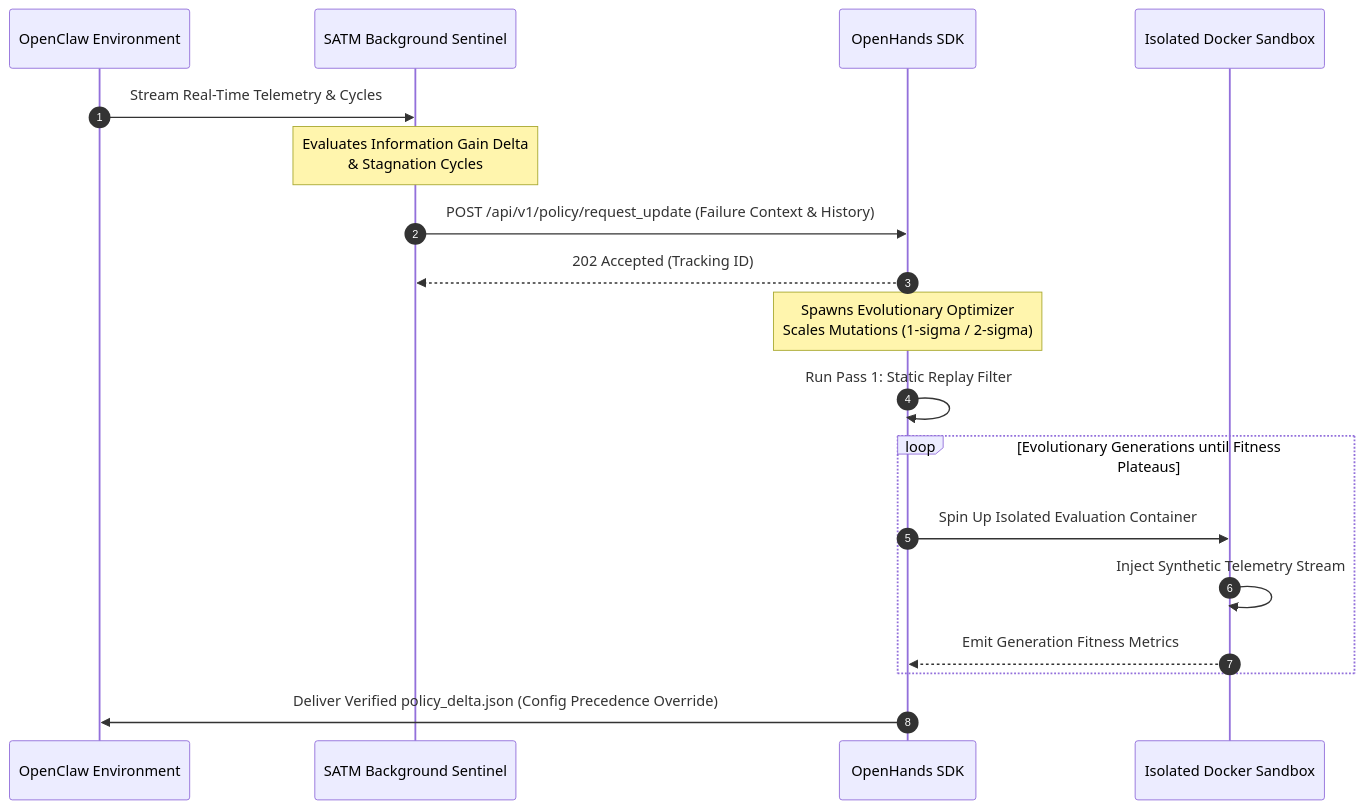
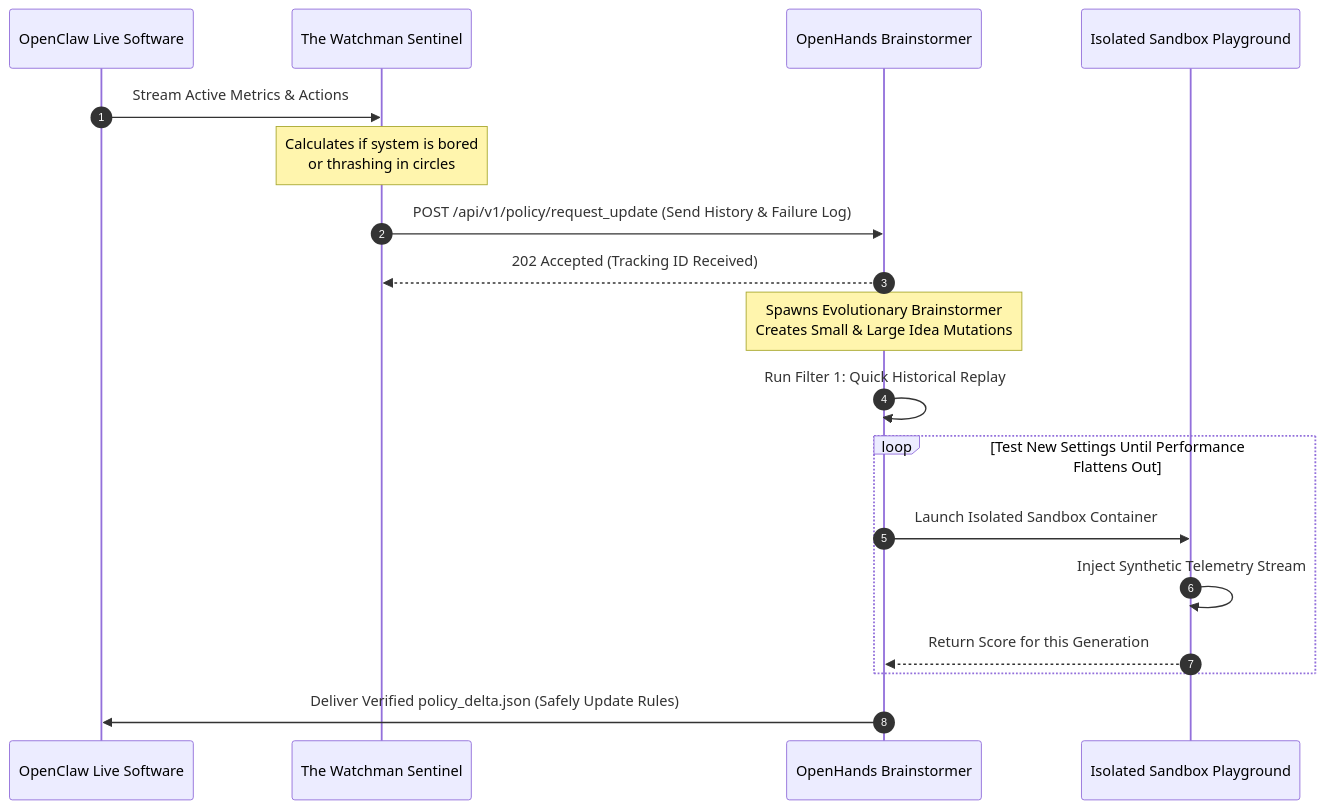
The diagram in docs/docs_spec.md (aai-pai/anvil-coding-agent), drawn with Mermaid before and after one commit. The commit also changed other lines of this file, not shown here.

First line of the commit message:
Revise software specification for clarity and updates

````diff
--- a/docs/docs_spec.md
+++ b/docs/docs_spec.md
@@ -71,24 +73,24 @@
 ```mermaid
 sequenceDiagram
     autonumber
-    participant OC as OpenClaw Environment
-    participant SATM as SATM Background Sentinel
-    participant OH as OpenHands SDK
-    participant DBX as Isolated Docker Sandbox
+    participant OC as OpenClaw Live Software
+    participant SATM as The Watchman Sentinel
+    participant OH as OpenHands Brainstormer
+    participant DBX as Isolated Sandbox Playground
 
-    OC->>SATM: Stream Real-Time Telemetry & Cycles
-    Note over SATM: Evaluates Information Gain Delta<br/>& Stagnation Cycles
-    SATM->>OH: POST /api/v1/policy/request_update (Failure Context & History)
-    OH-->>SATM: 202 Accepted (Tracking ID)
+    OC->>SATM: Stream Active Metrics & Actions
+    Note over SATM: Calculates if system is bored<br/>or thrashing in circles
+    SATM->>OH: POST /api/v1/policy/request_update (Send History & Failure Log)
+    OH-->>SATM: 202 Accepted (Tracking ID Received)
     
-    Note over OH: Spawns Evolutionary Optimizer<br/>Scales Mutations (1-sigma / 2-sigma)
-    OH->>OH: Run Pass 1: Static Replay Filter
+    Note over OH: Spawns Evolutionary Brainstormer<br/>Creates Small & Large Idea Mutations
+    OH->>OH: Run Filter 1: Quick Historical Replay
     
-    loop Evolutionary Generations until Fitness Plateaus
-        OH->>DBX: Spin Up Isolated Evaluation Container
+    loop Test New Settings Until Performance Flattens Out
+        OH->>DBX: Launch Isolated Sandbox Container
         DBX->>DBX: Inject Synthetic Telemetry Stream
-        DBX-->>OH: Emit Generation Fitness Metrics
+        DBX-->>OH: Return Score for this Generation
     end
     
-    OH->>OC: Deliver Verified policy_delta.json (Config Precedence Override)
+    OH->>OC: Deliver Verified policy_delta.json (Safely Update Rules)
 ```
````
